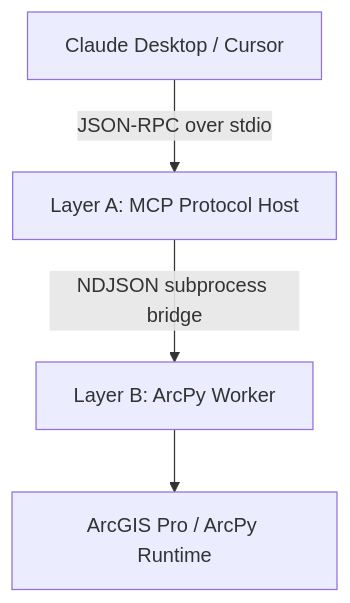
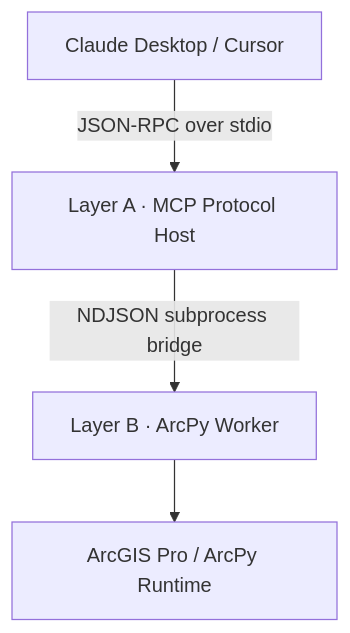
Before and after one commit to muend/arcgis-mcp-bridge: the diagram in README.md, drawn with Mermaid. The commit also changed other lines of this file, not shown here.

Commit message:
docs: Swiss-style README for 100-tool parity milestone. Two-tier architecture (async Layer A / subprocess Layer B isolation). 10-vertical census matrix + 9-tool destructive mutation safety floor. Mocked-arcpy test architecture, Ruff/Mypy gate, PathGuard contract. Apache-2.0 licensing section.

````diff
--- a/README.md
+++ b/README.md
@@ -14,6 +20,6 @@
 ```mermaid
 flowchart TD
-    A[Claude Desktop / Cursor] -->|JSON-RPC over stdio| B[Layer A: MCP Protocol Host]
-    B -->|NDJSON subprocess bridge| C[Layer B: ArcPy Worker]
+    A[Claude Desktop / Cursor] -->|JSON-RPC over stdio| B[Layer A · MCP Protocol Host]
+    B -->|NDJSON subprocess bridge| C[Layer B · ArcPy Worker]
     C --> D[ArcGIS Pro / ArcPy Runtime]
 ```
````
